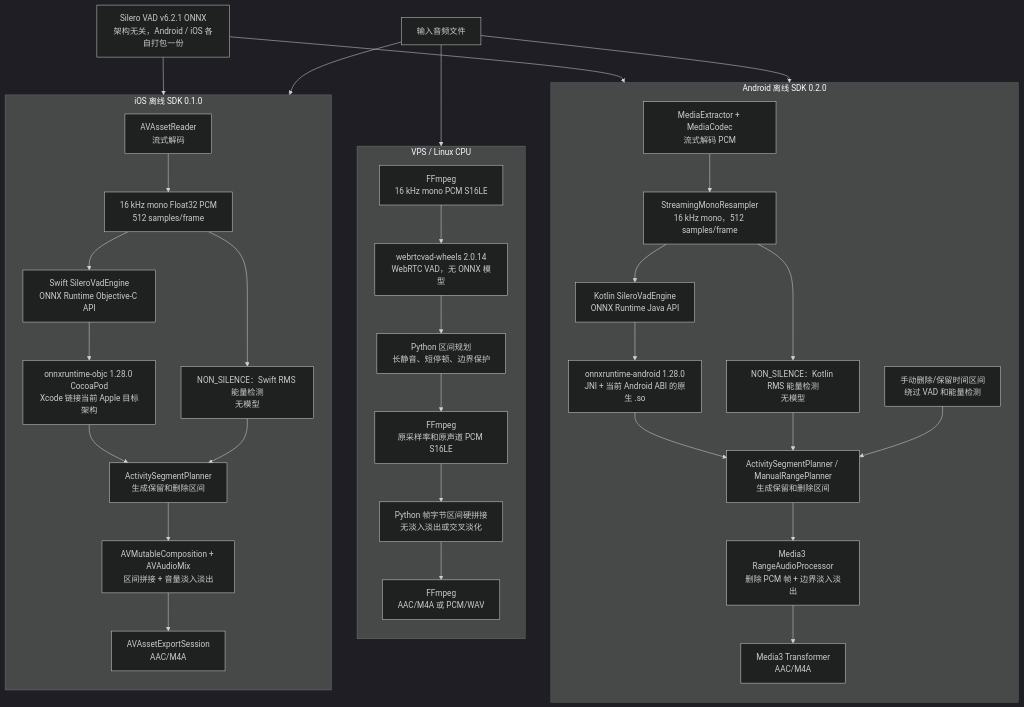
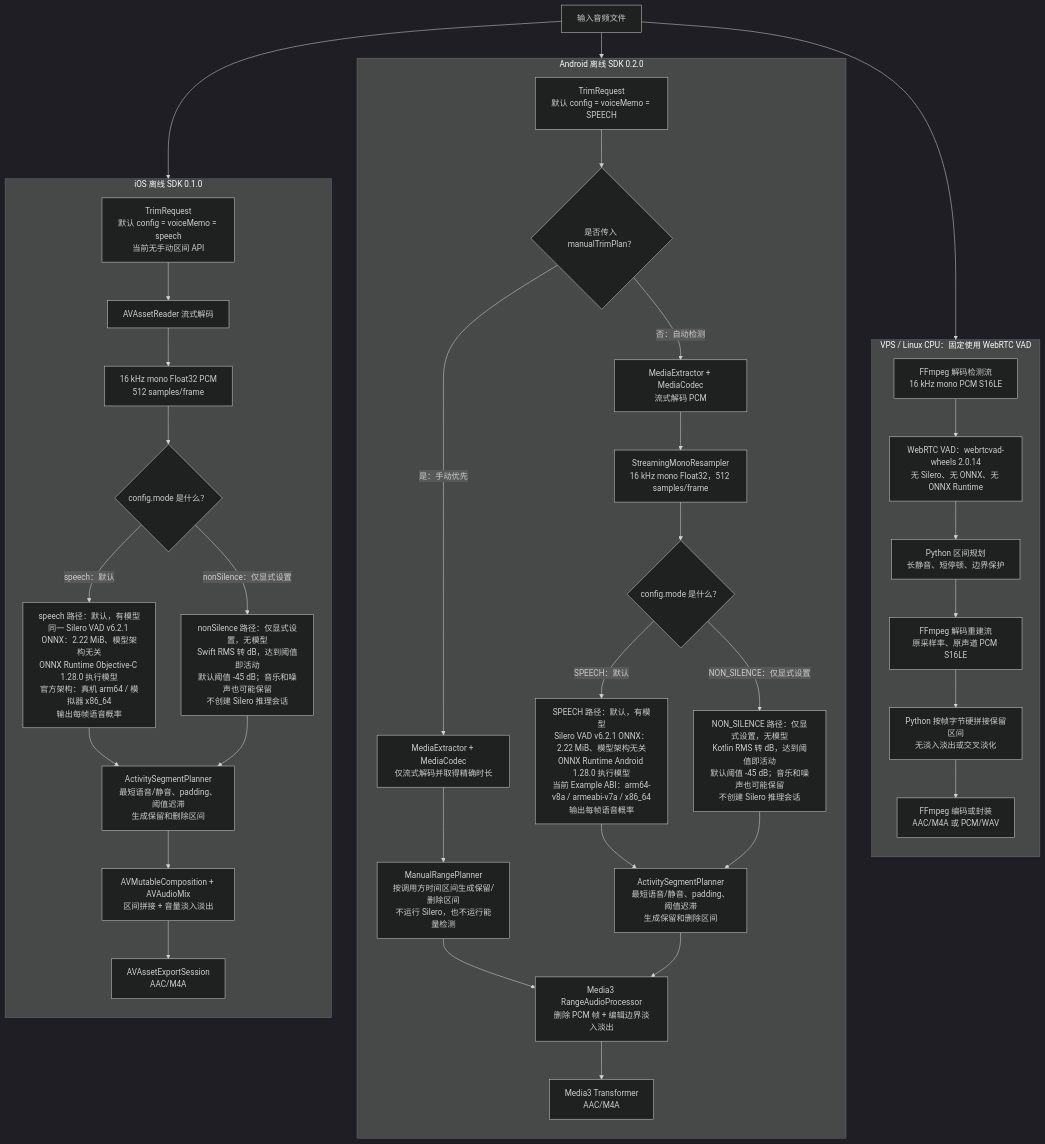
Before and after one commit to tianrking/vad_solution: the diagram in README.md, drawn with Mermaid (dark theme). The commit also changed other lines of this file and 4 other files, not shown here.

Commit message:
Harden Android VAD SDK validation and docs

````diff
--- a/README.md
+++ b/README.md
@@ -18,68 +30,74 @@
 ```mermaid
 flowchart TB
     INPUT["输入音频文件"]
-    MODEL["Silero VAD v6.2.1 ONNX<br>架构无关，Android / iOS 各自打包一份"]
 
-    subgraph VPS["VPS / Linux CPU"]
+    subgraph VPS["VPS / Linux CPU：固定使用 WebRTC VAD"]
         direction TB
-        V1["FFmpeg<br>16 kHz mono PCM S16LE"]
-        V2["webrtcvad-wheels 2.0.14<br>WebRTC VAD，无 ONNX 模型"]
-        V3["Python 区间规划<br>长静音、短停顿、边界保护"]
-        V4["FFmpeg<br>原采样率和原声道 PCM S16LE"]
-        V5["Python 帧字节区间硬拼接<br>无淡入淡出或交叉淡化"]
-        V6["FFmpeg<br>AAC/M4A 或 PCM/WAV"]
+        V1["FFmpeg 解码检测流<br/>16 kHz mono PCM S16LE"]
+        V2["WebRTC VAD：webrtcvad-wheels 2.0.14<br/>无 Silero、无 ONNX、无 ONNX Runtime"]
+        V3["Python 区间规划<br/>长静音、短停顿、边界保护"]
+        V4["FFmpeg 解码重建流<br/>原采样率、原声道 PCM S16LE"]
+        V5["Python 按帧字节硬拼接保留区间<br/>无淡入淡出或交叉淡化"]
+        V6["FFmpeg 编码或封装<br/>AAC/M4A 或 PCM/WAV"]
         V1 --> V2
         V2 --> V3
         V3 --> V4
         V4 --> V5
         V5 --> V6
     end
 
     subgraph ANDROID["Android 离线 SDK 0.2.0"]
         direction TB
-        A1["MediaExtractor + MediaCodec<br>流式解码 PCM"]
-        A2["StreamingMonoResampler<br>16 kHz mono，512 samples/frame"]
-        A3["Kotlin SileroVadEngine<br>ONNX Runtime Java API"]
-        A4["onnxruntime-android 1.28.0<br>JNI + 当前 Android ABI 的原生 .so"]
-        A5["ActivitySegmentPlanner / ManualRangePlanner<br>生成保留和删除区间"]
-        A6["Media3 RangeAudioProcessor<br>删除 PCM 帧 + 边界淡入淡出"]
-        A7["Media3 Transformer<br>AAC/M4A"]
-        AE["NON_SILENCE：Kotlin RMS 能量检测<br>无模型"]
-        AM["手动删除/保留时间区间<br>绕过 VAD 和能量检测"]
+        A0["TrimRequest<br/>默认 config = voiceMemo = SPEECH"]
+        AMANUAL{"是否传入 manualTrimPlan？"}
+        ADURATION["MediaExtractor + MediaCodec<br/>仅流式解码并取得精确时长"]
+        AM["ManualRangePlanner<br/>按调用方时间区间生成保留/删除区间<br/>不运行 Silero，也不运行能量检测"]
+        A1["MediaExtractor + MediaCodec<br/>流式解码 PCM"]
+        A2["StreamingMonoResampler<br/>16 kHz mono Float32，512 samples/frame"]
+        AMODE{"config.mode 是什么？"}
+        AS["SPEECH 路径：默认，有模型<br/>Silero VAD v6.2.1 ONNX：2.22 MiB、模型架构无关<br/>ONNX Runtime Android 1.28.0 执行模型<br/>当前 Example ABI：arm64-v8a / armeabi-v7a / x86_64<br/>输出每帧语音概率"]
+        AE["NON_SILENCE 路径：仅显式设置，无模型<br/>Kotlin RMS 转 dB，达到阈值即活动<br/>默认阈值 -45 dB；音乐和噪声也可能保留<br/>不创建 Silero 推理会话"]
+        AP["ActivitySegmentPlanner<br/>最短语音/静音、padding、阈值迟滞<br/>生成保留和删除区间"]
+        A6["Media3 RangeAudioProcessor<br/>删除 PCM 帧 + 编辑边界淡入淡出"]
+        A7["Media3 Transformer<br/>AAC/M4A"]
+        A0 --> AMANUAL
+        AMANUAL -- "是：手动优先" --> ADURATION
+        ADURATION --> AM
+        AM --> A6
+        AMANUAL -- "否：自动检测" --> A1
         A1 --> A2
-        A2 --> A3
-        A3 --> A4
-        A4 --> A5
-        A2 --> AE
-        AE --> A5
-        AM --> A5
-        A5 --> A6
+        A2 --> AMODE
+        AMODE -- "SPEECH：默认" --> AS
+        AMODE -- "NON_SILENCE：仅显式设置" --> AE
+        AS --> AP
+        AE --> AP
+        AP --> A6
         A6 --> A7
     end
 
     subgraph IOS["iOS 离线 SDK 0.1.0"]
         direction TB
-        I1["AVAssetReader<br>流式解码"]
-        I2["16 kHz mono Float32 PCM<br>512 samples/frame"]
-        I3["Swift SileroVadEngine<br>ONNX Runtime Objective-C API"]
-        I4["onnxruntime-objc 1.28.0 CocoaPod<br>Xcode 链接当前 Apple 目标架构"]
-        I5["ActivitySegmentPlanner<br>生成保留和删除区间"]
-        I6["AVMutableComposition + AVAudioMix<br>区间拼接 + 音量淡入淡出"]
-        I7["AVAssetExportSession<br>AAC/M4A"]
-        IE["NON_SILENCE：Swift RMS 能量检测<br>无模型"]
+        I0["TrimRequest<br/>默认 config = voiceMemo = speech<br/>当前无手动区间 API"]
+        I1["AVAssetReader 流式解码"]
+        I2["16 kHz mono Float32 PCM<br/>512 samples/frame"]
+        IMODE{"config.mode 是什么？"}
+        IS["speech 路径：默认，有模型<br/>同一 Silero VAD v6.2.1 ONNX：2.22 MiB、模型架构无关<br/>ONNX Runtime Objective-C 1.28.0 执行模型<br/>官方架构：真机 arm64 / 模拟器 x86_64<br/>输出每帧语音概率"]
+        IE["nonSilence 路径：仅显式设置，无模型<br/>Swift RMS 转 dB，达到阈值即活动<br/>默认阈值 -45 dB；音乐和噪声也可能保留<br/>不创建 Silero 推理会话"]
+        I5["ActivitySegmentPlanner<br/>最短语音/静音、padding、阈值迟滞<br/>生成保留和删除区间"]
+        I6["AVMutableComposition + AVAudioMix<br/>区间拼接 + 音量淡入淡出"]
+        I7["AVAssetExportSession<br/>AAC/M4A"]
+        I0 --> I1
         I1 --> I2
-        I2 --> I3
-        I3 --> I4
-        I4 --> I5
-        I2 --> IE
+        I2 --> IMODE
+        IMODE -- "speech：默认" --> IS
+        IMODE -- "nonSilence：仅显式设置" --> IE
+        IS --> I5
         IE --> I5
         I5 --> I6
         I6 --> I7
     end
 
     INPUT --> V1
-    INPUT --> A1
-    INPUT --> I1
-    MODEL --> A3
-    MODEL --> I3
+    INPUT --> A0
+    INPUT --> I0
 ```
````
